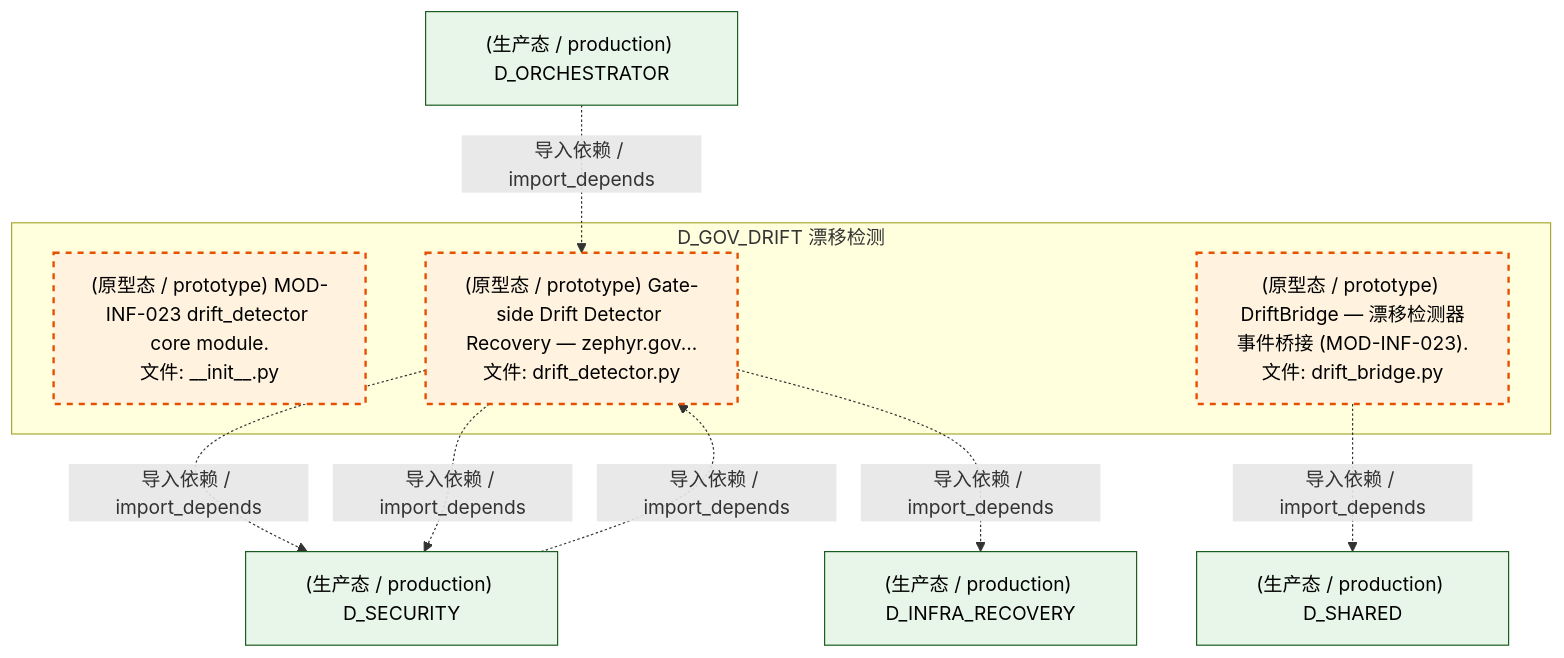
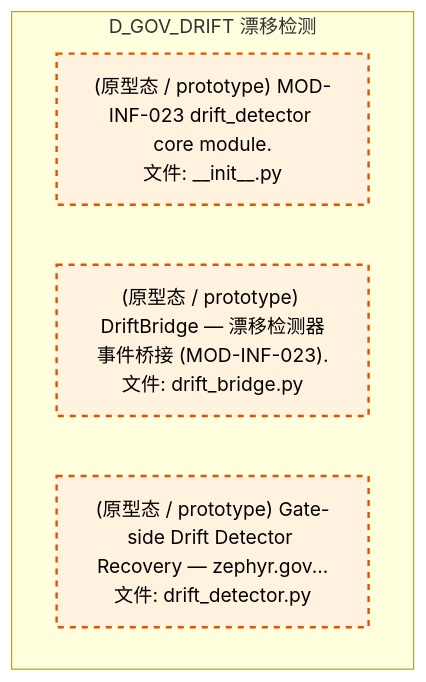
The sixth of 7 diagrams in docs/02_enterprise_architecture/02_domain_architecture_docs/41_d_gov_drift.md (xuanFelixVan/ZephyrAlpha), drawn with Mermaid before and after one commit. The commit also changed other lines of this file and 105 other files, not shown here.

````diff
--- a/docs/02_enterprise_architecture/02_domain_architecture_docs/41_d_gov_drift.md
+++ b/docs/02_enterprise_architecture/02_domain_architecture_docs/41_d_gov_drift.md
@@ -571,24 +411,13 @@
 ```mermaid
 graph TD
     subgraph D_GOV_DRIFT["D_GOV_DRIFT 漂移检测"]
         src_zephyr_gov_drift_detector_core_init_py["(原型态 / prototype) MOD-INF-023 drift_detector core module.<br/>文件: __init__.py"]
         src_zephyr_gov_drift_detector_core_bridges_drift_bridge_py["(原型态 / prototype) DriftBridge — 漂移检测器事件桥接 (MOD-INF-023).<br/>文件: drift_bridge.py"]
         src_zephyr_gov_enforcement_rule_enforcement_drift_detector_py["(原型态 / prototype) Gate-side Drift Detector Recovery — zephyr.gov...<br/>文件: drift_detector.py"]
     end
-    D_SHARED["(生产态 / production) D_SHARED"]
-    src_zephyr_gov_drift_detector_core_bridges_drift_bridge_py -.->|导入依赖 / import_depends| D_SHARED
-    D_SECURITY["(生产态 / production) D_SECURITY"]
-    src_zephyr_gov_enforcement_rule_enforcement_drift_detector_py -.->|导入依赖 / import_depends| D_SECURITY
-    D_INFRA_RECOVERY["(生产态 / production) D_INFRA_RECOVERY"]
-    src_zephyr_gov_enforcement_rule_enforcement_drift_detector_py -.->|导入依赖 / import_depends| D_INFRA_RECOVERY
-    src_zephyr_gov_enforcement_rule_enforcement_drift_detector_py -.->|导入依赖 / import_depends| D_SECURITY
-    D_ORCHESTRATOR["(生产态 / production) D_ORCHESTRATOR"]
-    D_ORCHESTRATOR -.->|导入依赖 / import_depends| src_zephyr_gov_enforcement_rule_enforcement_drift_detector_py
-    D_SECURITY -.->|导入依赖 / import_depends| src_zephyr_gov_enforcement_rule_enforcement_drift_detector_py
     classDef production fill:#e1f5fe,stroke:#01579b,stroke-width:2px,color:#000
     classDef design fill:#fff3e0,stroke:#e65100,stroke-width:2px,color:#000,stroke-dasharray: 5 5
     classDef external_prod fill:#e8f5e9,stroke:#1b5e20,stroke-width:1px,color:#000
     classDef external_design fill:#fce4ec,stroke:#880e4f,stroke-width:1px,color:#000,stroke-dasharray: 5 5
     class src_zephyr_gov_drift_detector_core_init_py,src_zephyr_gov_drift_detector_core_bridges_drift_bridge_py,src_zephyr_gov_enforcement_rule_enforcement_drift_detector_py design
-    class D_SHARED,D_SECURITY,D_INFRA_RECOVERY,D_ORCHESTRATOR external_prod
 ```
````
